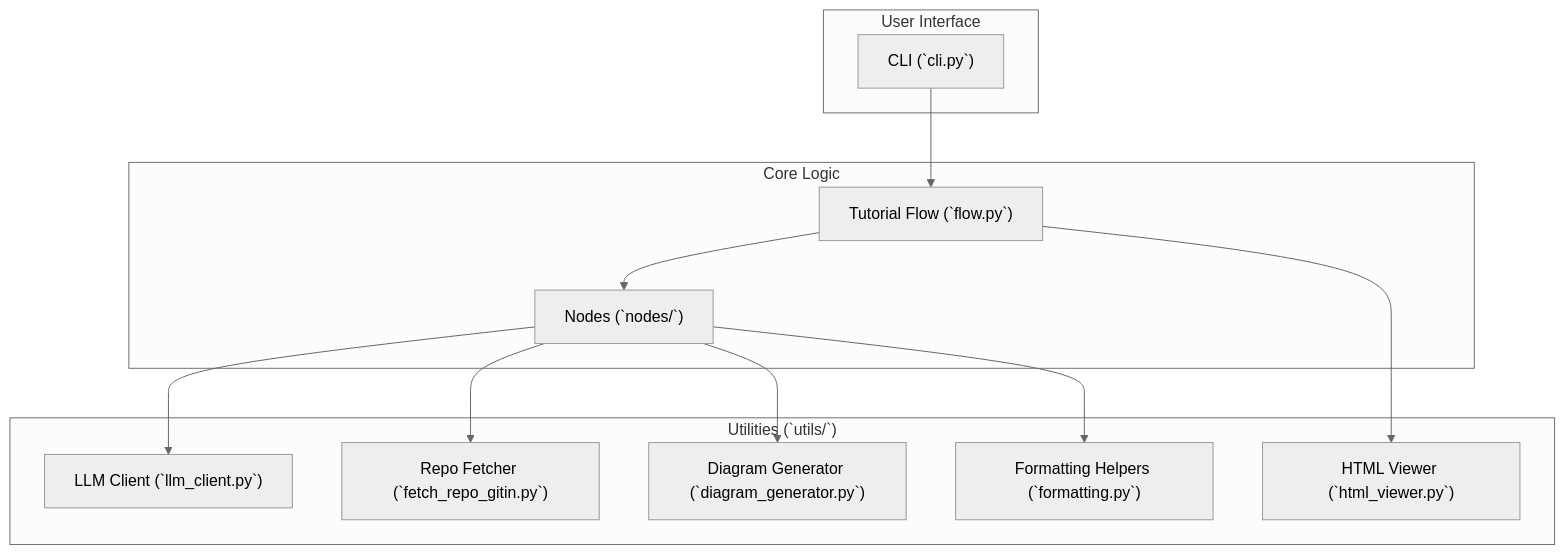
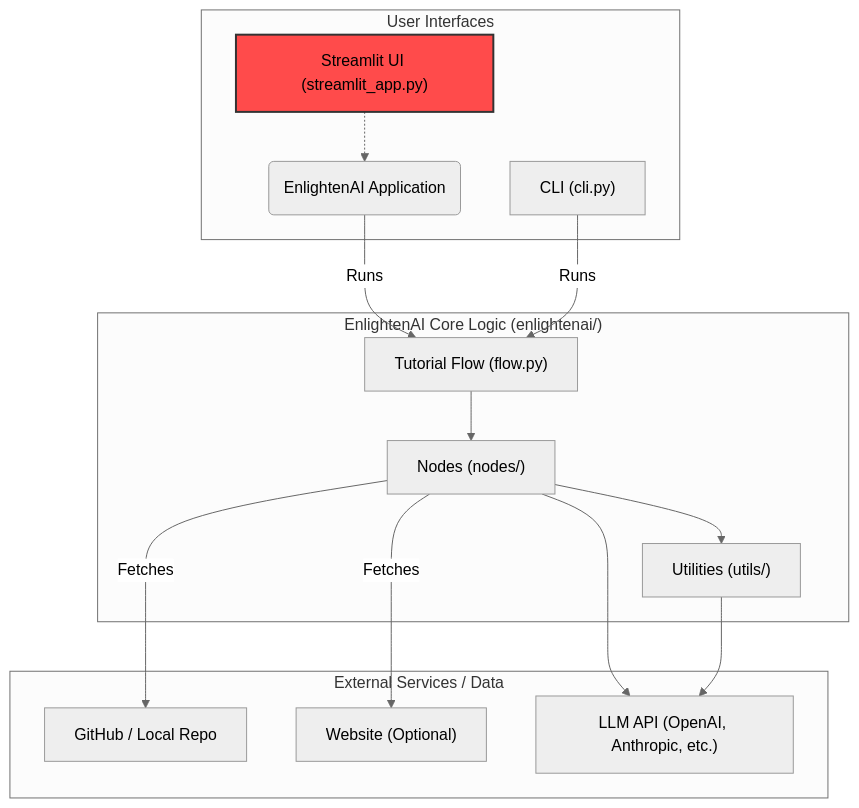
The second of 2 diagrams in overview.md (Mathews-Tom/CodeTutorAI), drawn with Mermaid (neutral theme) before and after one commit. The commit also changed other lines of this file and 2 other files, not shown here.

Commit message:
docs: Update README and overview for Streamlit UI

````diff
--- a/overview.md
+++ b/overview.md
@@ -77,27 +77,35 @@
 ```mermaid
-graph TB
-    subgraph User Interface
-        CLI["CLI (`cli.py`)"]
+graph TD
+    subgraph "User Interfaces"
+        UI_CLI["CLI (cli.py)"]
+        UI_ST["Streamlit UI (streamlit_app.py)"] -.-> App;
     end
 
-    subgraph Core Logic
-        Flow["Tutorial Flow (`flow.py`)"]
-        Nodes["Nodes (`nodes/`)"]
+    subgraph "EnlightenAI Core Logic (enlightenai/)"
+        Core_Flow["Tutorial Flow (flow.py)"]
+        Core_Nodes["Nodes (nodes/)"]
+        Core_Utils["Utilities (utils/)"]
     end
 
-    subgraph "Utilities (`utils/`)"
-        LLM["LLM Client (`llm_client.py`)"]
-        Fetcher["Repo Fetcher (`fetch_repo_gitin.py`)"]
-        Diagram["Diagram Generator (`diagram_generator.py`)"]
-        Formatting["Formatting Helpers (`formatting.py`)"]
-        HTML["HTML Viewer (`html_viewer.py`)"]
+    subgraph "External Services / Data"
+        Ext_Git["GitHub / Local Repo"]
+        Ext_Web["Website (Optional)"]
+        Ext_LLM["LLM API (OpenAI, Anthropic, etc.)"]
     end
 
-    CLI --> Flow;
-    Flow --> Nodes;
-    Nodes --> LLM;
-    Nodes --> Fetcher;
-    Nodes --> Diagram;
-    Nodes --> Formatting;
-    Flow --> HTML;
+    App(EnlightenAI Application) -- Runs --> Core_Flow;
+    UI_CLI -- Runs --> Core_Flow;
+
+
+    Core_Flow --> Core_Nodes;
+    Core_Nodes --> Core_Utils;
+    Core_Nodes --> Ext_LLM;
+
+    Core_Nodes -- Fetches --> Ext_Git;
+    Core_Nodes -- Fetches --> Ext_Web;
+
+    %% # e.g., llm_client
+    Core_Utils --> Ext_LLM;
+
+    style UI_ST fill:#FF4B4B,stroke:#333,stroke-width:2px
 ```
````
